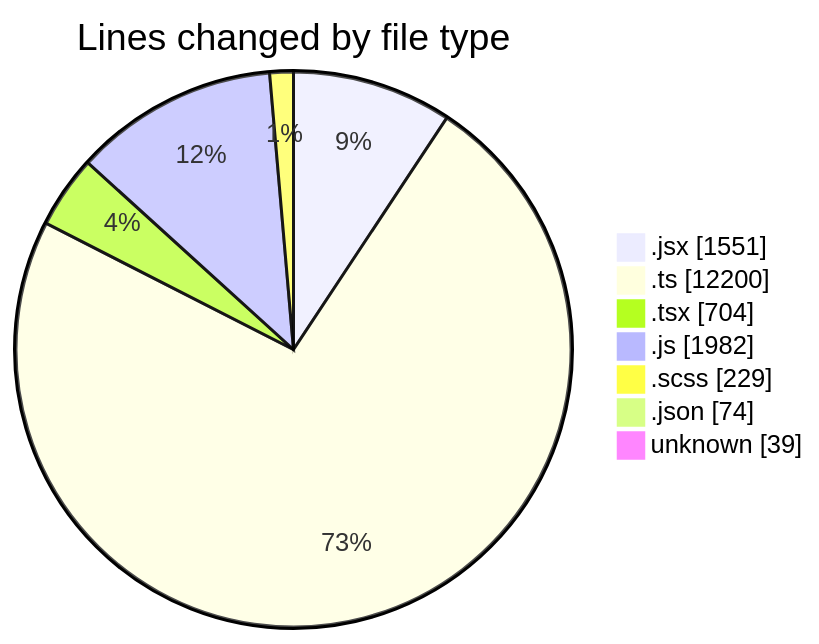
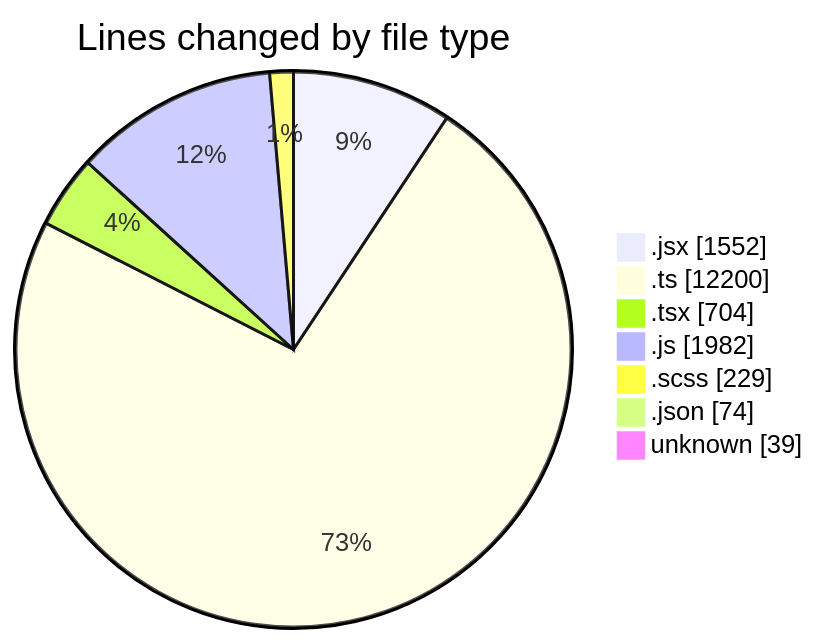
One commit to momahboobian/code-tracking changed the first of 2 diagrams in 2025-06-05/cda/README.md. Above: the diagram before and after it, drawn with Mermaid. The commit also changed other lines of this file and 1 other file, not shown here.

````diff
--- a/2025-06-05/cda/README.md
+++ b/2025-06-05/cda/README.md
@@ -42,11 +42,11 @@
 ```mermaid
 pie showData
 title Lines changed by file type
-".jsx" : 1551
+".jsx" : 1552
 ".ts" : 12200
 ".tsx" : 704
 ".js" : 1982
 ".scss" : 229
 ".json" : 74
 "unknown" : 39
 ```
````
